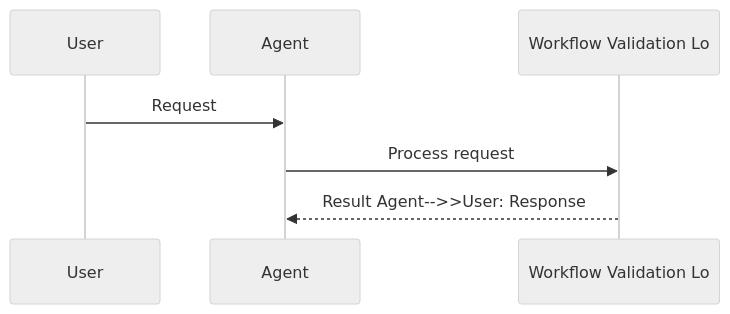
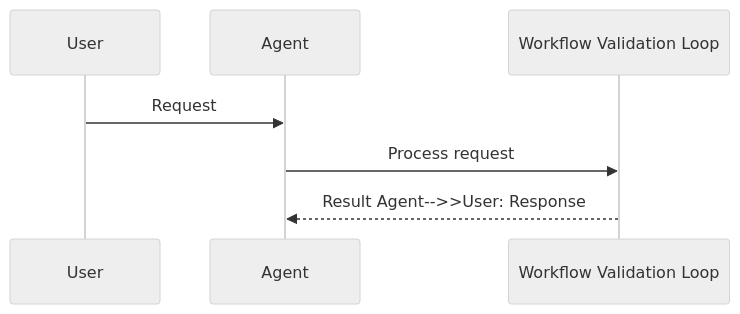
One commit to MervinPraison/PraisonAIDocs changed the second of 2 diagrams in docs/features/workflow-validation.mdx. Above: the diagram before and after it, drawn with Mermaid (neutral theme). The commit also changed 45 other files, not shown here.

First line of the commit message:
docs: fix truncated Mermaid diagram feature names (22-char cutoff)

````diff
--- a/docs/features/workflow-validation.mdx
+++ b/docs/features/workflow-validation.mdx
@@ -38,10 +38,10 @@
 ```mermaid
 sequenceDiagram
     participant User
     participant Agent
-    participant Feature as Workflow Validation Lo
+    participant Feature as Workflow Validation Loop
 
     User->>Agent: Request
     Agent->>Feature: Process request
     Feature-->>Agent: Result    Agent-->>User: Response
 ```
````
